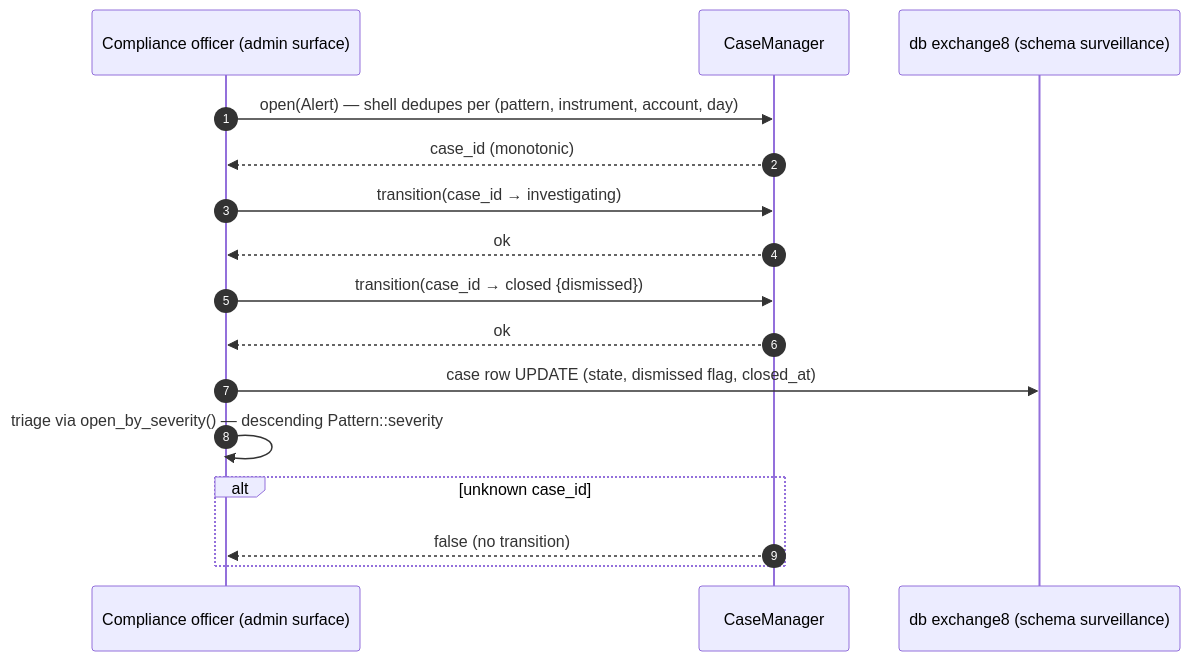
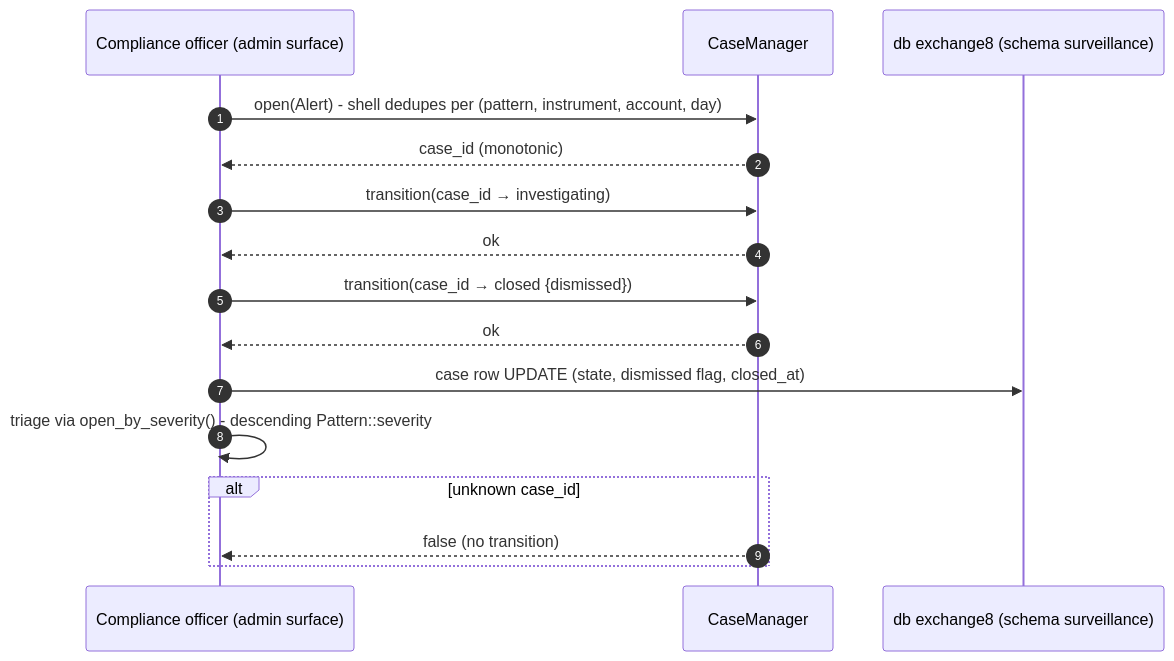
The fifth of 17 diagrams in DESIGN.md (Exchange8-dev/exchange8-surveillance), drawn with Mermaid before and after one commit. The commit also changed other lines of this file and 16 other files, not shown here.

````diff
--- a/DESIGN.md
+++ b/DESIGN.md
@@ -182,19 +182,19 @@
 ```mermaid
 sequenceDiagram
     autonumber
     participant O as Compliance officer (admin surface)
     participant CM as CaseManager
     participant DB as db exchange8 (schema surveillance)
 
-    O->>CM: open(Alert) — shell dedupes per (pattern, instrument, account, day)
+    O->>CM: open(Alert) - shell dedupes per (pattern, instrument, account, day)
     CM-->>O: case_id (monotonic)
     O->>CM: transition(case_id → investigating)
     CM-->>O: ok
     O->>CM: transition(case_id → closed {dismissed})
     CM-->>O: ok
     O->>DB: case row UPDATE (state, dismissed flag, closed_at)
-    O->>O: triage via open_by_severity() — descending Pattern::severity
+    O->>O: triage via open_by_severity() - descending Pattern::severity
     alt unknown case_id
         CM-->>O: false (no transition)
     end
 ```
````
